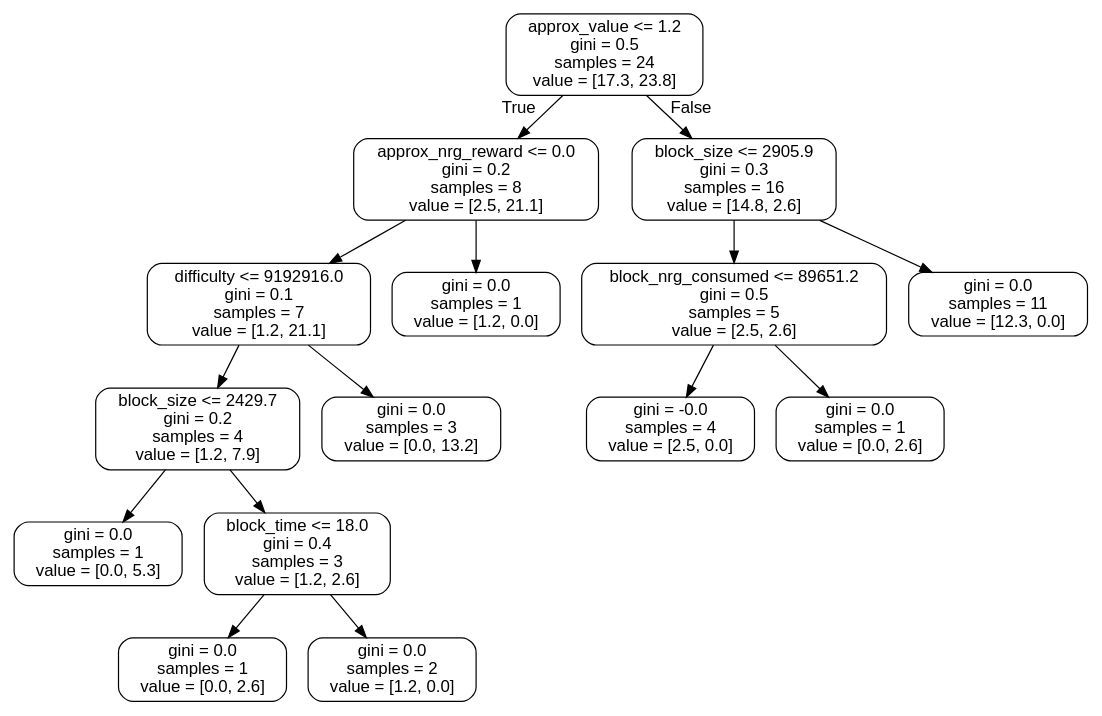
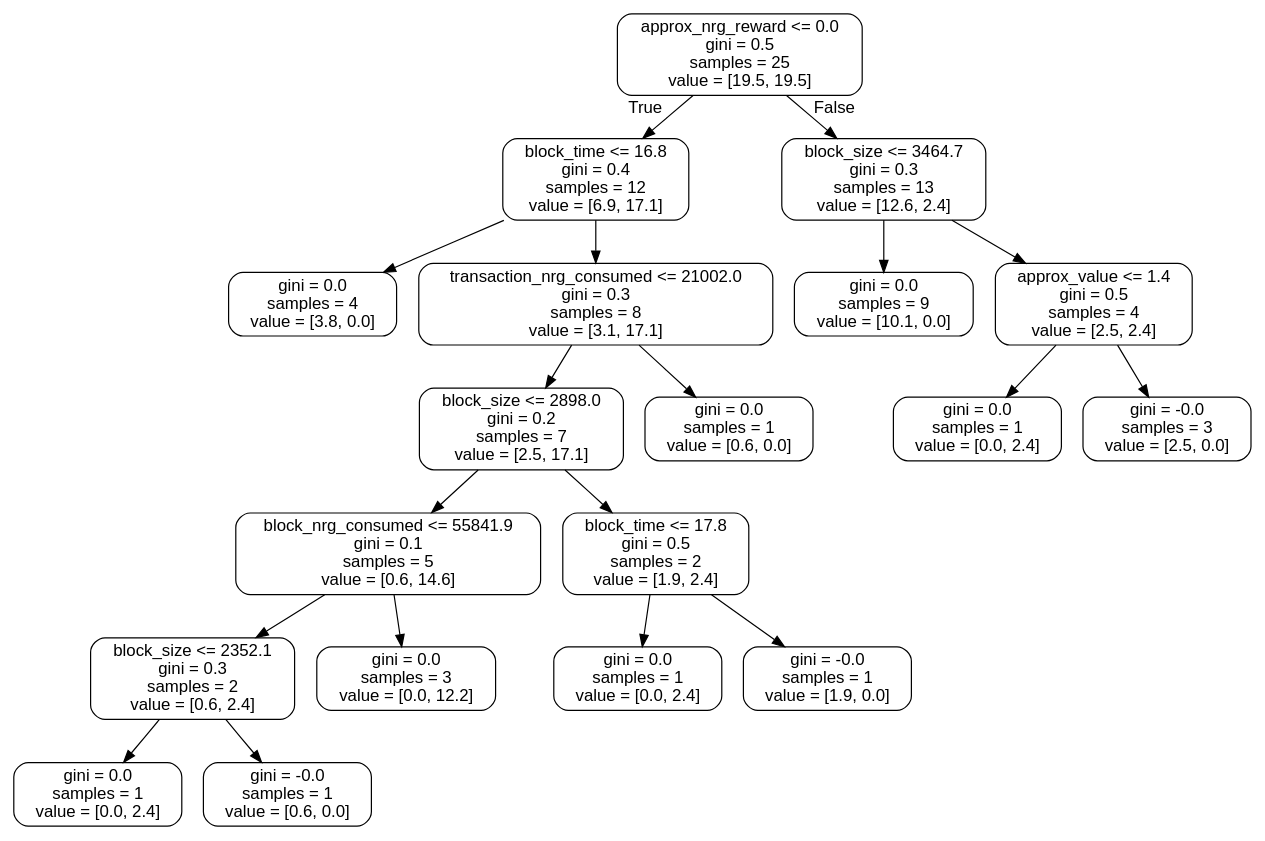
Before and after one commit to andre-aion/aion_analytics: the diagram in small_tree.dot, drawn with Graphviz. The commit also changed 42 other files, not shown here.

```diff
--- a/small_tree.dot
+++ b/small_tree.dot
@@ -1,33 +1,41 @@
 digraph Tree {
 node [shape=box, style="rounded", color="black", fontname=helvetica] ;
 edge [fontname=helvetica] ;
-0 [label="approx_value <= 1.2\ngini = 0.5\nsamples = 24\nvalue = [17.3, 23.8]"] ;
-1 [label="approx_nrg_reward <= 0.0\ngini = 0.2\nsamples = 8\nvalue = [2.5, 21.1]"] ;
+0 [label="approx_nrg_reward <= 0.0\ngini = 0.5\nsamples = 25\nvalue = [19.5, 19.5]"] ;
+1 [label="block_time <= 16.8\ngini = 0.4\nsamples = 12\nvalue = [6.9, 17.1]"] ;
 0 -> 1 [labeldistance=2.5, labelangle=45, headlabel="True"] ;
-2 [label="difficulty <= 9192916.0\ngini = 0.1\nsamples = 7\nvalue = [1.2, 21.1]"] ;
+2 [label="gini = 0.0\nsamples = 4\nvalue = [3.8, 0.0]"] ;
 1 -> 2 ;
-3 [label="block_size <= 2429.7\ngini = 0.2\nsamples = 4\nvalue = [1.2, 7.9]"] ;
-2 -> 3 ;
-4 [label="gini = 0.0\nsamples = 1\nvalue = [0.0, 5.3]"] ;
+3 [label="transaction_nrg_consumed <= 21002.0\ngini = 0.3\nsamples = 8\nvalue = [3.1, 17.1]"] ;
+1 -> 3 ;
+4 [label="block_size <= 2898.0\ngini = 0.2\nsamples = 7\nvalue = [2.5, 17.1]"] ;
 3 -> 4 ;
-5 [label="block_time <= 18.0\ngini = 0.4\nsamples = 3\nvalue = [1.2, 2.6]"] ;
-3 -> 5 ;
-6 [label="gini = 0.0\nsamples = 1\nvalue = [0.0, 2.6]"] ;
+5 [label="block_nrg_consumed <= 55841.9\ngini = 0.1\nsamples = 5\nvalue = [0.6, 14.6]"] ;
+4 -> 5 ;
+6 [label="block_size <= 2352.1\ngini = 0.3\nsamples = 2\nvalue = [0.6, 2.4]"] ;
 5 -> 6 ;
-7 [label="gini = 0.0\nsamples = 2\nvalue = [1.2, 0.0]"] ;
-5 -> 7 ;
-8 [label="gini = 0.0\nsamples = 3\nvalue = [0.0, 13.2]"] ;
-2 -> 8 ;
-9 [label="gini = 0.0\nsamples = 1\nvalue = [1.2, 0.0]"] ;
-1 -> 9 ;
-10 [label="block_size <= 2905.9\ngini = 0.3\nsamples = 16\nvalue = [14.8, 2.6]"] ;
-0 -> 10 [labeldistance=2.5, labelangle=-45, headlabel="False"] ;
-11 [label="block_nrg_consumed <= 89651.2\ngini = 0.5\nsamples = 5\nvalue = [2.5, 2.6]"] ;
+7 [label="gini = 0.0\nsamples = 1\nvalue = [0.0, 2.4]"] ;
+6 -> 7 ;
+8 [label="gini = -0.0\nsamples = 1\nvalue = [0.6, 0.0]"] ;
+6 -> 8 ;
+9 [label="gini = 0.0\nsamples = 3\nvalue = [0.0, 12.2]"] ;
+5 -> 9 ;
+10 [label="block_time <= 17.8\ngini = 0.5\nsamples = 2\nvalue = [1.9, 2.4]"] ;
+4 -> 10 ;
+11 [label="gini = 0.0\nsamples = 1\nvalue = [0.0, 2.4]"] ;
 10 -> 11 ;
-12 [label="gini = -0.0\nsamples = 4\nvalue = [2.5, 0.0]"] ;
-11 -> 12 ;
-13 [label="gini = 0.0\nsamples = 1\nvalue = [0.0, 2.6]"] ;
-11 -> 13 ;
-14 [label="gini = 0.0\nsamples = 11\nvalue = [12.3, 0.0]"] ;
-10 -> 14 ;
+12 [label="gini = -0.0\nsamples = 1\nvalue = [1.9, 0.0]"] ;
+10 -> 12 ;
+13 [label="gini = 0.0\nsamples = 1\nvalue = [0.6, 0.0]"] ;
+3 -> 13 ;
+14 [label="block_size <= 3464.7\ngini = 0.3\nsamples = 13\nvalue = [12.6, 2.4]"] ;
+0 -> 14 [labeldistance=2.5, labelangle=-45, headlabel="False"] ;
+15 [label="gini = 0.0\nsamples = 9\nvalue = [10.1, 0.0]"] ;
+14 -> 15 ;
+16 [label="approx_value <= 1.4\ngini = 0.5\nsamples = 4\nvalue = [2.5, 2.4]"] ;
+14 -> 16 ;
+17 [label="gini = 0.0\nsamples = 1\nvalue = [0.0, 2.4]"] ;
+16 -> 17 ;
+18 [label="gini = -0.0\nsamples = 3\nvalue = [2.5, 0.0]"] ;
+16 -> 18 ;
 }
```
